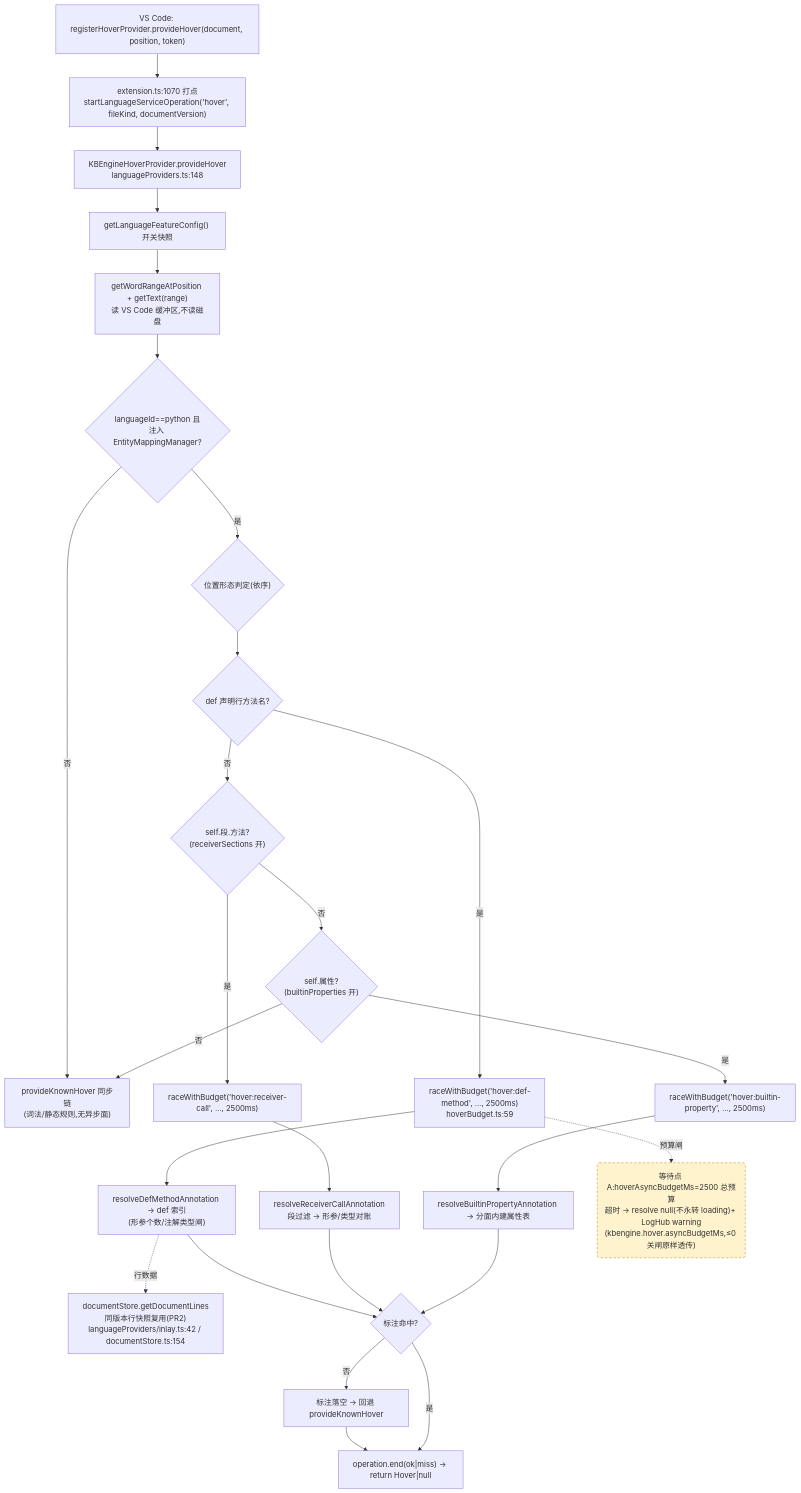
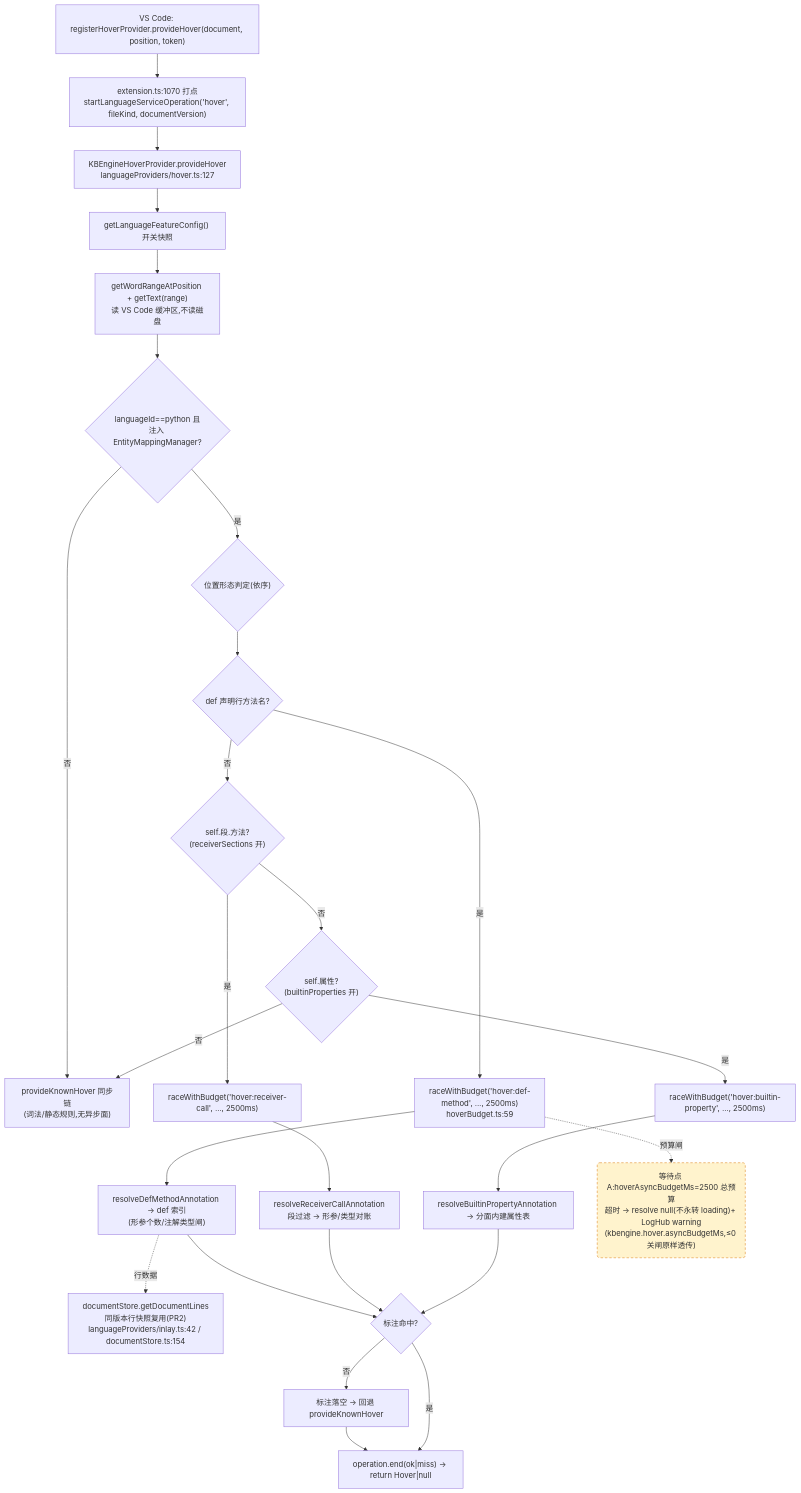
One commit to cuihairu/kode changed the first of 4 diagrams in docs/perf/2026-baseline.md. Above: the diagram before and after it, drawn with Mermaid. The commit also changed other lines of this file and 6 other files, not shown here.

First line of the commit message:
refactor(arch): KODE-ARCH-001 step 4 — extract languageProviders/hover (pure move)

````diff
--- a/docs/perf/2026-baseline.md
+++ b/docs/perf/2026-baseline.md
@@ -82,45 +82,45 @@
 ```mermaid
 flowchart TD
   VC1["VS Code: registerHoverProvider.provideHover(document, position, token)"]
   M1["extension.ts:1070 打点<br/>startLanguageServiceOperation('hover', fileKind, documentVersion)"]
-  HP["KBEngineHoverProvider.provideHover<br/>languageProviders.ts:148"]
+  HP["KBEngineHoverProvider.provideHover<br/>languageProviders/hover.ts:127"]
   CFG["getLanguageFeatureConfig() 开关快照"]
   WORD["getWordRangeAtPosition + getText(range)<br/>读 VS Code 缓冲区,不读磁盘"]
   BR{"languageId==python 且<br/>注入 EntityMappingManager?"}
   KN["provideKnownHover 同步链<br/>(词法/静态规则,无异步面)"]
   POS{"位置形态判定(依序)"}
   D1{"def 声明行方法名?"}
   D2{"self.段.方法?<br/>(receiverSections 开)"}
   D3{"self.属性?<br/>(builtinProperties 开)"}
   RA1["raceWithBudget('hover:def-method', …, 2500ms)<br/>hoverBudget.ts:59"]
   RA2["raceWithBudget('hover:receiver-call', …, 2500ms)"]
   RA3["raceWithBudget('hover:builtin-property', …, 2500ms)"]
   RS1["resolveDefMethodAnnotation → def 索引<br/>(形参个数/注解类型闸)"]
   RS2["resolveReceiverCallAnnotation<br/>段过滤 → 形参/类型对账"]
   RS3["resolveBuiltinPropertyAnnotation → 分面内建属性表"]
   LINES["documentStore.getDocumentLines<br/>同版本行快照复用(PR2)<br/>languageProviders/inlay.ts:42 / documentStore.ts:154"]
   MISS["标注落空 → 回退 provideKnownHover"]
   END1["operation.end(ok|miss) → return Hover|null"]
 
   VC1 --> M1 --> HP --> CFG --> WORD --> BR
   BR -- "否" --> KN
   BR -- "是" --> POS --> D1
   D1 -- "是" --> RA1 --> RS1
   D1 -- "否" --> D2
   D2 -- "是" --> RA2 --> RS2
   D2 -- "否" --> D3
   D3 -- "是" --> RA3 --> RS3
   D3 -- "否" --> KN
   RS1 --> HIT{"标注命中?"}
   RS2 --> HIT
   RS3 --> HIT
   RS1 -.->|行数据| LINES
   HIT -- "否" --> MISS --> END1
   HIT -- "是" --> END1
 
   WAITA("等待点 A:hoverAsyncBudgetMs=2500 总预算<br/>超时 → resolve null(不永转 loading)+ LogHub warning<br/>(kbengine.hover.asyncBudgetMs,≤0 关闸原样透传)")
   RA1 -.->|预算闸| WAITA
 
   classDef waitPoint fill:#fff3cd,stroke:#d97706,stroke-dasharray:5 4;
   class WAITA waitPoint;
 ```
````
